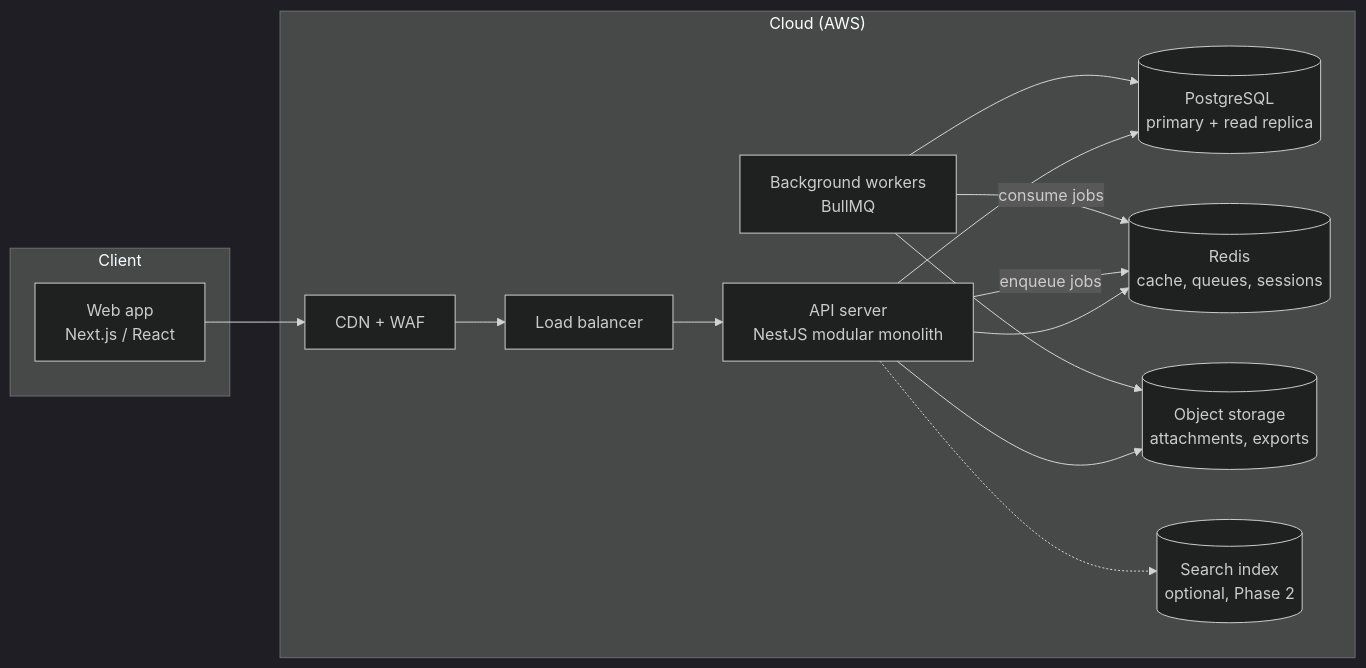
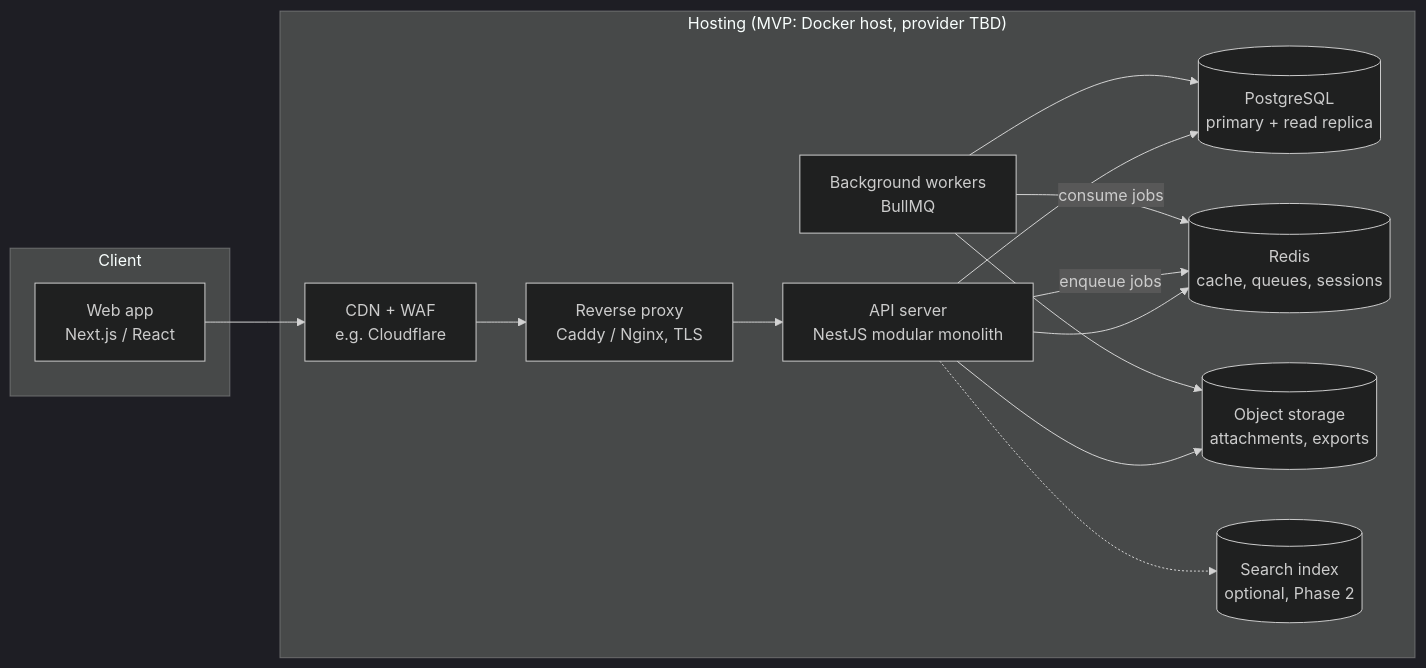
One commit to tufanrai/ERP-Enterprise-Resource-Planning- changed the second of 4 diagrams in docs/architecture/01-system-architecture.md. Above: the diagram before and after it, drawn with Mermaid (dark theme). The commit also changed other lines of this file and 9 other files, not shown here.

First line of the commit message:
docs: drop AWS from the MVP, use provider-neutral Docker hosting

````diff
--- a/docs/architecture/01-system-architecture.md
+++ b/docs/architecture/01-system-architecture.md
@@ -41,27 +41,27 @@
 ```mermaid
 flowchart LR
   subgraph Client
     web[Web app<br/>Next.js / React]
   end
 
-  subgraph AWS["Cloud (AWS)"]
-    cdn[CDN + WAF]
-    lb[Load balancer]
+  subgraph Host["Hosting (MVP: Docker host, provider TBD)"]
+    cdn[CDN + WAF<br/>e.g. Cloudflare]
+    lb[Reverse proxy<br/>Caddy / Nginx, TLS]
     api[API server<br/>NestJS modular monolith]
     worker[Background workers<br/>BullMQ]
     pg[(PostgreSQL<br/>primary + read replica)]
     redis[(Redis<br/>cache, queues, sessions)]
     s3[(Object storage<br/>attachments, exports)]
     search[(Search index<br/>optional, Phase 2)]
   end
 
   web --> cdn --> lb --> api
   api --> pg
   api --> redis
   api --> s3
   api -- enqueue jobs --> redis
   worker -- consume jobs --> redis
   worker --> pg
   worker --> s3
   api -.-> search
 ```
````
